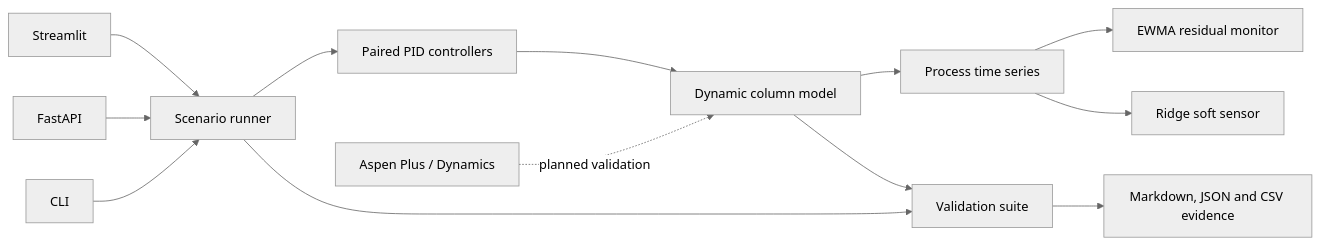
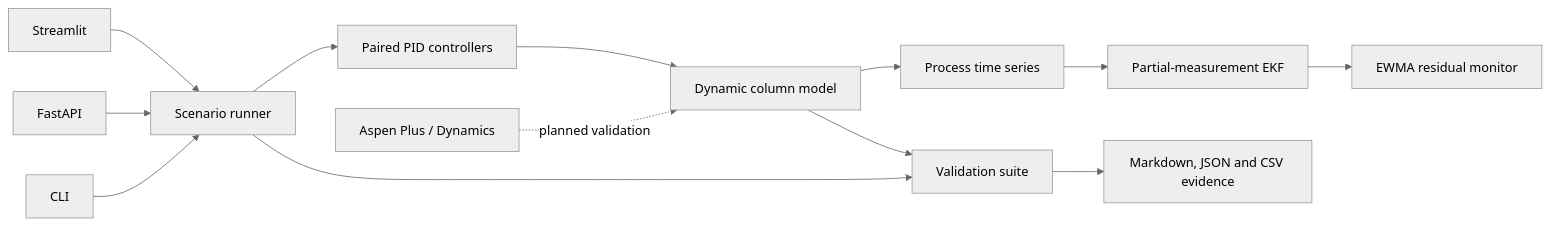
One commit to mojaffri/distilltwin changed the diagram in README.md. Above: the diagram before and after it, drawn with Mermaid (neutral theme). The commit also changed other lines of this file and 27 other files, not shown here.

Commit message:
Add partial-measurement EKF validation

````diff
--- a/README.md
+++ b/README.md
@@ -69,15 +102,15 @@
 ```mermaid
 flowchart LR
     UI[Streamlit] --> SC[Scenario runner]
     API[FastAPI] --> SC
     CLI[CLI] --> SC
     SC --> PID[Paired PID controllers]
     PID --> COL[Dynamic column model]
     COL --> TS[Process time series]
-    TS --> FD[EWMA residual monitor]
-    TS --> SS[Ridge soft sensor]
+    TS --> EKF[Partial-measurement EKF]
+    EKF --> FD[EWMA residual monitor]
     COL --> VAL[Validation suite]
     SC --> VAL
     VAL --> EV[Markdown, JSON and CSV evidence]
     ASPEN[Aspen Plus / Dynamics] -. planned validation .-> COL
 ```
````
